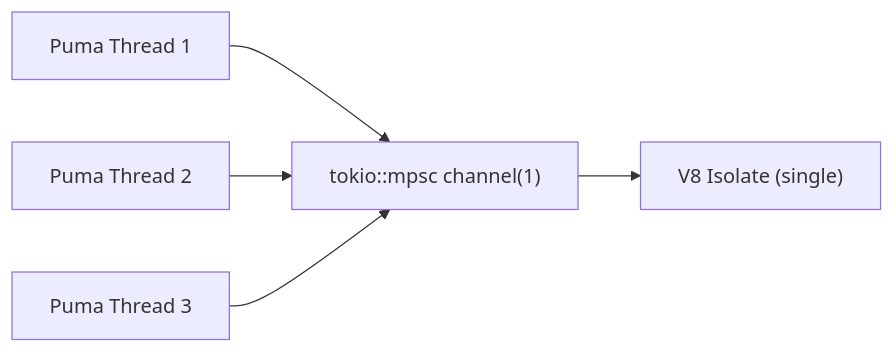
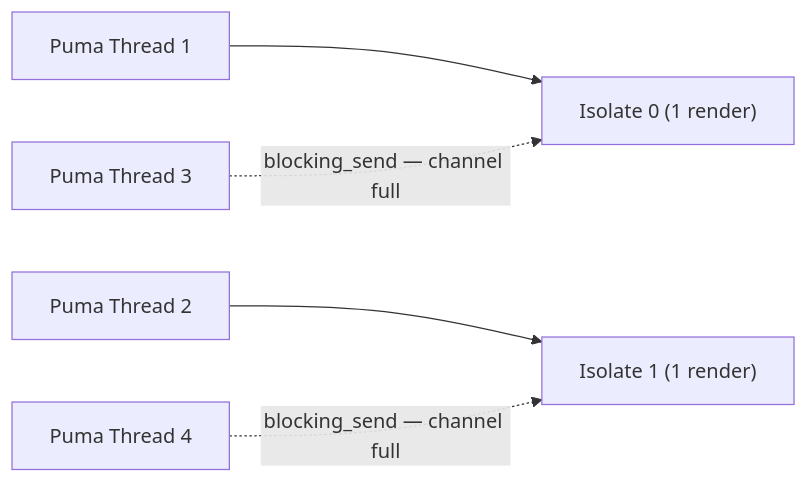
One commit to mdesantis/ssr-deno changed the fourth of 4 diagrams in plans/memory-performance-analysis.md. Above: the diagram before and after it, drawn with Mermaid. The commit also changed other lines of this file and 4 other files, not shown here.

````diff
--- a/plans/memory-performance-analysis.md
+++ b/plans/memory-performance-analysis.md
@@ -275,7 +326,7 @@
 ```mermaid
 flowchart LR
-    PT1["Puma Thread 1"] --> Channel["tokio::mpsc channel(1)"]
-    PT2["Puma Thread 2"] --> Channel
-    PT3["Puma Thread 3"] --> Channel
-    Channel --> V8["V8 Isolate (single)"]
+    PT1["Puma Thread 1"] --> I0["Isolate 0 (1 render)"]
+    PT2["Puma Thread 2"] --> I1["Isolate 1 (1 render)"]
+    PT3["Puma Thread 3"] -.->|"blocking_send — channel full"| I0
+    PT4["Puma Thread 4"] -.->|"blocking_send — channel full"| I1
 ```
````
